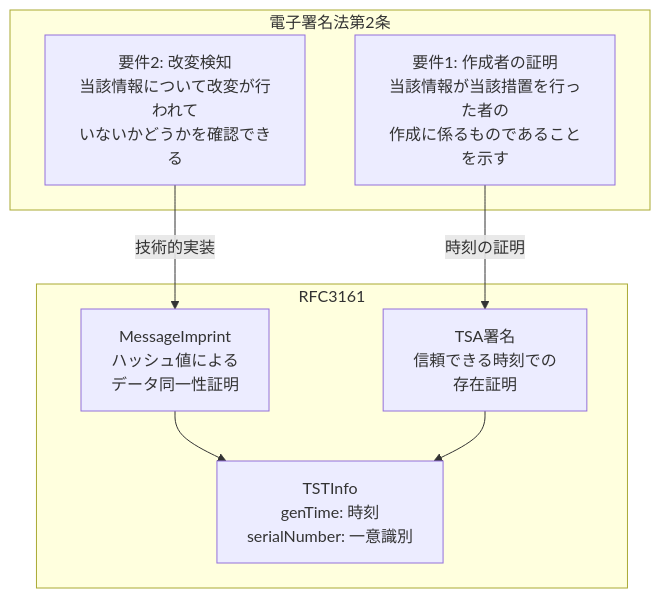
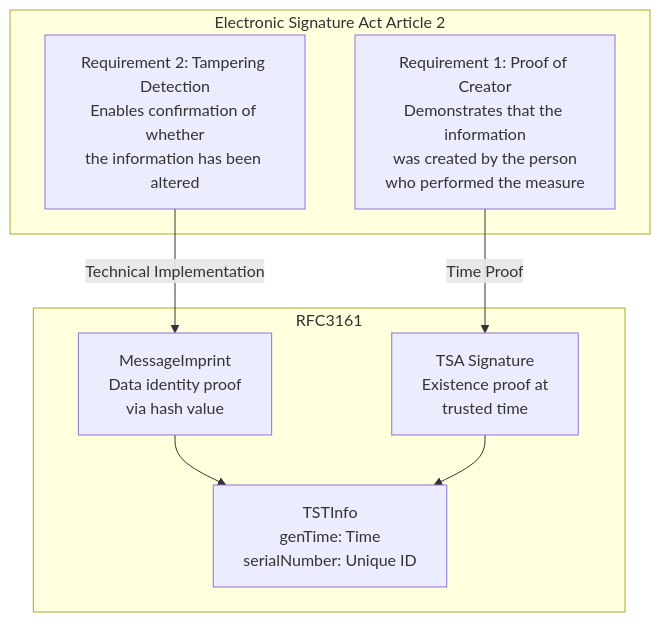
One commit to shuji-bonji/ai-agent-architecture changed diagram 13 of 15 in docs/concepts/02-reference-sources.md. Above: the diagram before and after it, drawn with Mermaid. The commit also changed other lines of this file and 42 other files, not shown here.

````diff
--- a/docs/concepts/02-reference-sources.md
+++ b/docs/concepts/02-reference-sources.md
@@ -567,18 +569,18 @@
 ```mermaid
 graph TB
-    subgraph 電子署名法第2条
-        A1["要件1: 作成者の証明<br/>当該情報が当該措置を行った者の<br/>作成に係るものであることを示す"]
-        A2["要件2: 改変検知<br/>当該情報について改変が行われて<br/>いないかどうかを確認できる"]
+    subgraph Electronic Signature Act Article 2
+        A1["Requirement 1: Proof of Creator<br/>Demonstrates that the information<br/>was created by the person<br/>who performed the measure"]
+        A2["Requirement 2: Tampering Detection<br/>Enables confirmation of whether<br/>the information has been altered"]
     end
 
     subgraph RFC3161
-        B1["MessageImprint<br/>ハッシュ値による<br/>データ同一性証明"]
-        B2["TSA署名<br/>信頼できる時刻での<br/>存在証明"]
-        B3["TSTInfo<br/>genTime: 時刻<br/>serialNumber: 一意識別"]
+        B1["MessageImprint<br/>Data identity proof<br/>via hash value"]
+        B2["TSA Signature<br/>Existence proof at<br/>trusted time"]
+        B3["TSTInfo<br/>genTime: Time<br/>serialNumber: Unique ID"]
     end
 
-    A2 -->|技術的実装| B1
-    A1 -->|時刻の証明| B2
+    A2 -->|Technical Implementation| B1
+    A1 -->|Time Proof| B2
     B1 --> B3
     B2 --> B3
 ```
````
